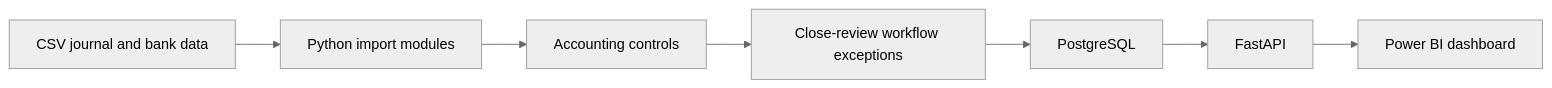
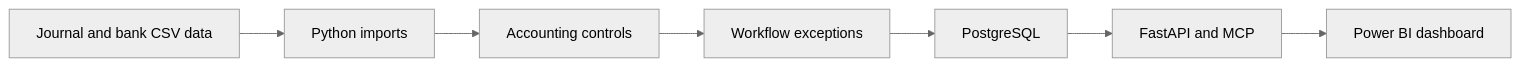
Before and after one commit to gr3gchr1s/closeiq: the diagram in README.md, drawn with Mermaid (neutral theme). The commit also changed other lines of this file and 7 other files, not shown here.

````diff
--- a/README.md
+++ b/README.md
@@ -36,9 +33,9 @@
 ```mermaid
 flowchart LR
-    A["CSV journal and bank data"] --> B["Python import modules"]
+    A["Journal and bank CSV data"] --> B["Python imports"]
     B --> C["Accounting controls"]
-    C --> D["Close-review workflow exceptions"]
+    C --> D["Workflow exceptions"]
     D --> E["PostgreSQL"]
-    E --> F["FastAPI"]
+    E --> F["FastAPI and MCP"]
     F --> G["Power BI dashboard"]
 ```
````
